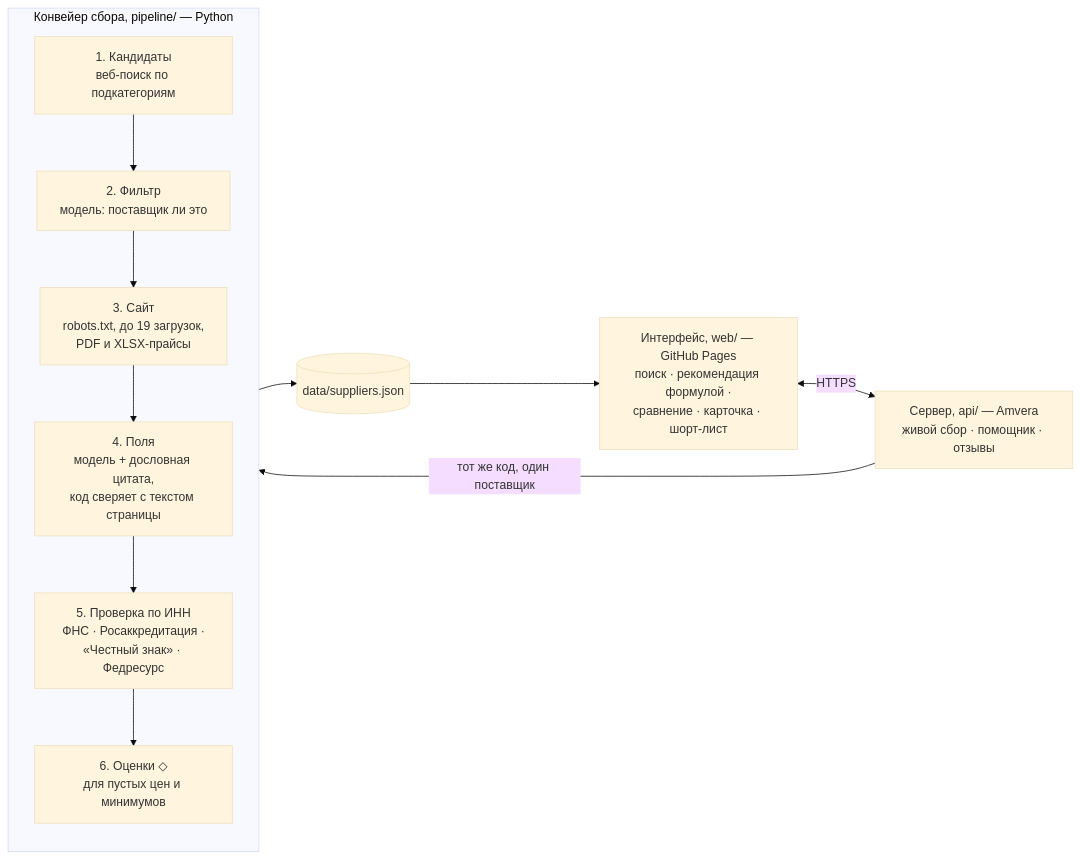
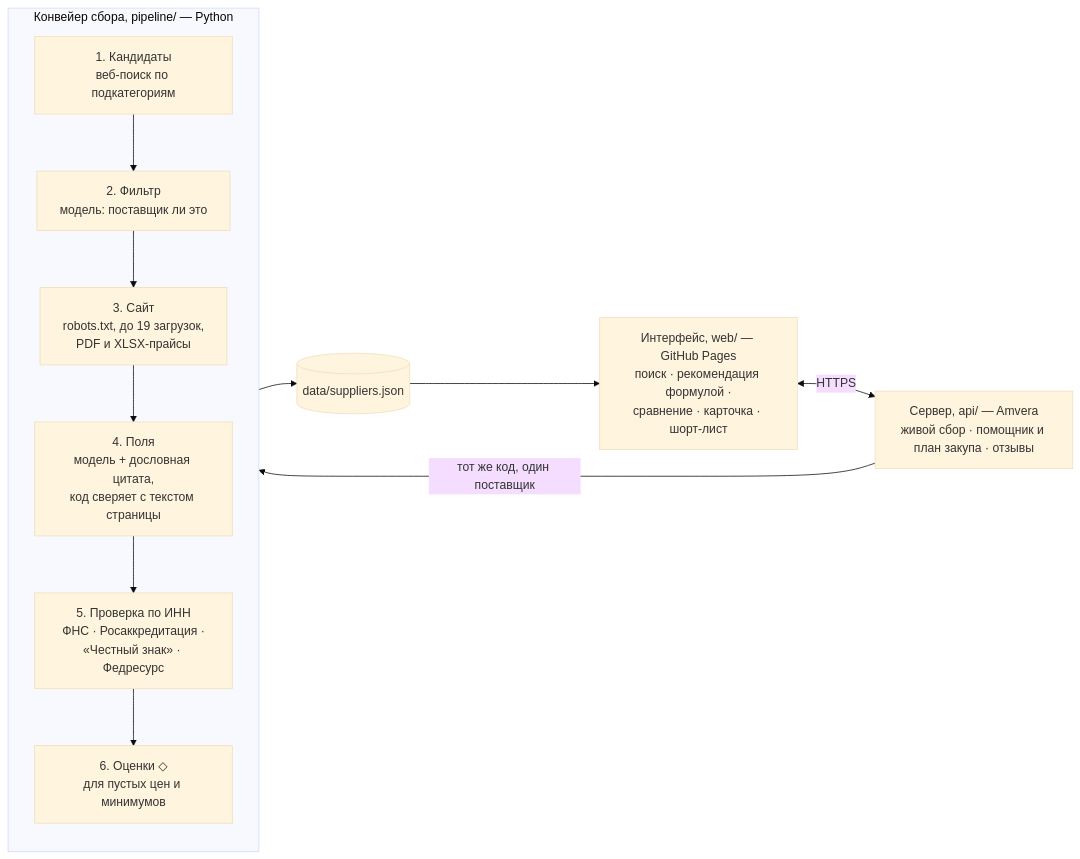
Before and after one commit to afest/supplier-scout: the diagram in README.md, drawn with Mermaid (base theme). The commit also changed other lines of this file and 17 other files, not shown here.

````diff
--- a/README.md
+++ b/README.md
@@ -37,15 +40,15 @@
 ```mermaid
 flowchart LR
   subgraph PIPE["Конвейер сбора, pipeline/ — Python"]
     direction TB
     P1["1. Кандидаты<br/>веб-поиск по подкатегориям"] --> P2["2. Фильтр<br/>модель: поставщик ли это"]
     P2 --> P3["3. Сайт<br/>robots.txt, до 19 загрузок,<br/>PDF и XLSX-прайсы"]
     P3 --> P4["4. Поля<br/>модель + дословная цитата,<br/>код сверяет с текстом страницы"]
     P4 --> P5["5. Проверка по ИНН<br/>ФНС · Росаккредитация ·<br/>«Честный знак» · Федресурс"]
     P5 --> P6["6. Оценки ◇<br/>для пустых цен и минимумов"]
   end
   P6 --> SET[("data/suppliers.json")]
   SET --> WEB["Интерфейс, web/ — GitHub Pages<br/>поиск · рекомендация формулой ·<br/>сравнение · карточка · шорт-лист"]
-  WEB <-->|HTTPS| API["Сервер, api/ — Amvera<br/>живой сбор · помощник · отзывы"]
+  WEB <-->|HTTPS| API["Сервер, api/ — Amvera<br/>живой сбор · помощник и план закупа · отзывы"]
   API -->|"тот же код, один поставщик"| P3
 ```
````
